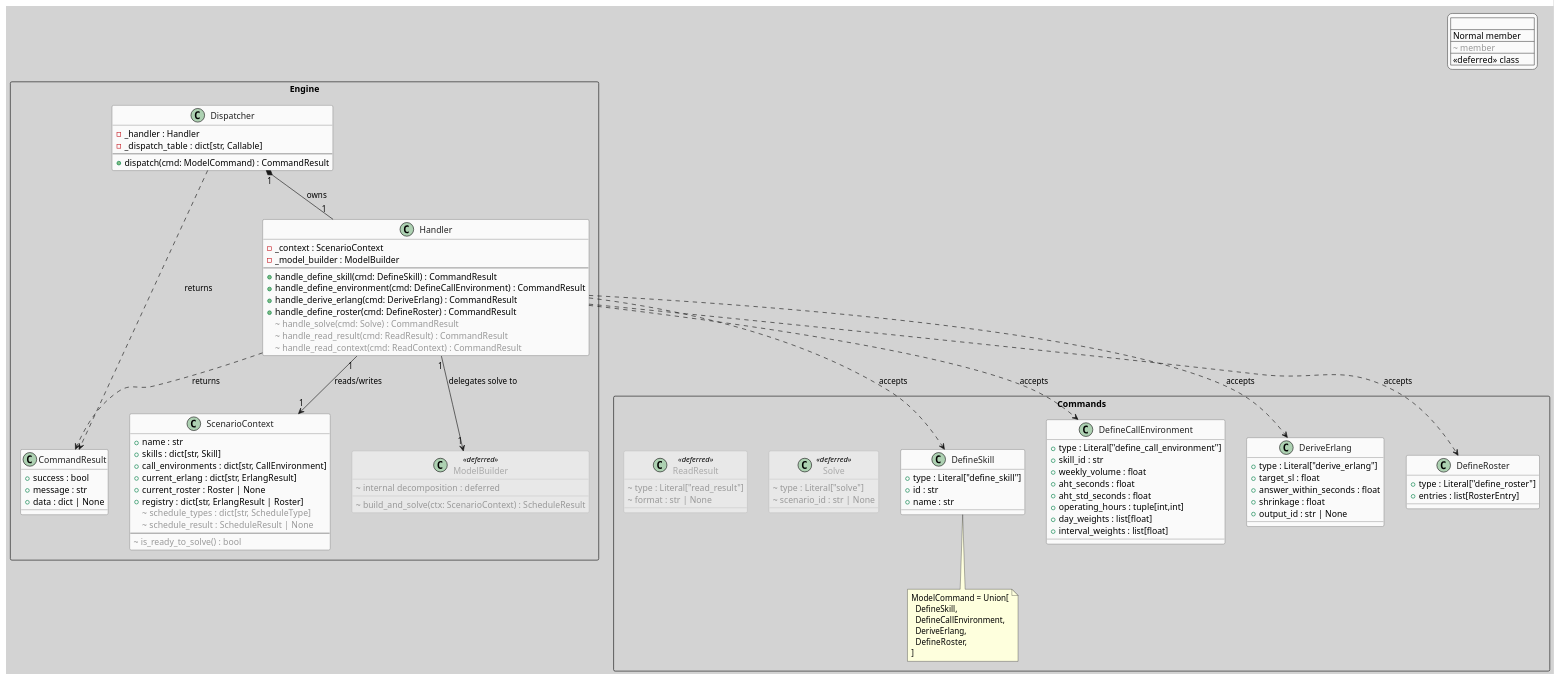
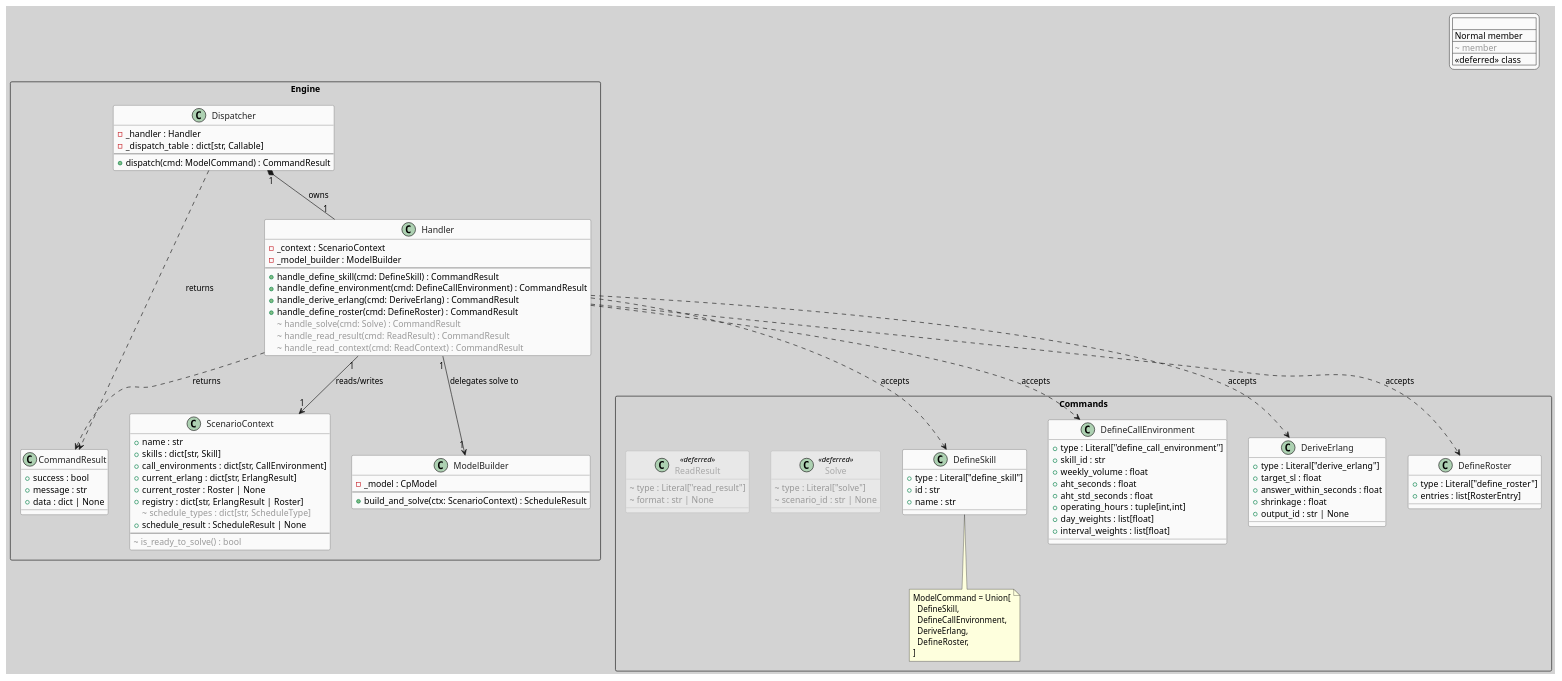
The diagram in docs/uml/engine_classes.puml (neon-tetra/schedule-architect), drawn with PlantUML before and after one commit. The commit also changed 4 other files, not shown here.

Commit message:
Update UML diagrams to match implemented solver/domain state

```diff
--- a/docs/uml/engine_classes.puml
+++ b/docs/uml/engine_classes.puml
@@ -1,148 +1,149 @@
 @startuml engine_classes
 
 skinparam backgroundColor #D3D3D3
 skinparam defaultFontName Segoe UI
 
 skinparam class {
     BackgroundColor #FAFAFA
     BorderColor #555555
     FontColor #222222
     BackgroundColor<<deferred>> #E8E8E8
     BorderColor<<deferred>> #AAAAAA
     FontColor<<deferred>> #AAAAAA
     BorderStyle<<deferred>> dashed
 }
 
 skinparam legend {
     BackgroundColor #FAFAFA
     BorderColor #555555
 }
 
 legend top right
   <#FAFAFA,#555555>|                         |
   | Normal member      | Implemented          |
   | <color:#999999>~ member</color>  | Deferred / future    |
   | <<deferred>> class | Placeholder only     |
 endlegend
 
 ' ─────────────────────────────────────────
 ' PACKAGE: Commands
 ' ─────────────────────────────────────────
 package "Commands" <<Rectangle>> {
 
     class DefineSkill {
         + type : Literal["define_skill"]
         + id : str
         + name : str
     }
 
     class DefineCallEnvironment {
         + type : Literal["define_call_environment"]
         + skill_id : str
         + weekly_volume : float
         + aht_seconds : float
         + aht_std_seconds : float
         + operating_hours : tuple[int,int]
         + day_weights : list[float]
         + interval_weights : list[float]
     }
 
     class DeriveErlang {
         + type : Literal["derive_erlang"]
         + target_sl : float
         + answer_within_seconds : float
         + shrinkage : float
         + output_id : str | None
     }
 
     class DefineRoster {
         + type : Literal["define_roster"]
         + entries : list[RosterEntry]
     }
 
     class Solve <<deferred>> {
         <color:#999999>~ type : Literal["solve"]</color>
         <color:#999999>~ scenario_id : str | None</color>
     }
 
     class ReadResult <<deferred>> {
         <color:#999999>~ type : Literal["read_result"]</color>
         <color:#999999>~ format : str | None</color>
     }
 
     note bottom of DefineSkill
         ModelCommand = Union[
           DefineSkill,
           DefineCallEnvironment,
           DeriveErlang,
           DefineRoster,
         ]
     end note
 
 }
 
 ' ─────────────────────────────────────────
 ' PACKAGE: Engine
 ' ─────────────────────────────────────────
 package "Engine" <<Rectangle>> {
 
     class CommandResult {
         + success : bool
         + message : str
         + data : dict | None
     }
 
     class ScenarioContext {
         + name : str
         + skills : dict[str, Skill]
         + call_environments : dict[str, CallEnvironment]
         + current_erlang : dict[str, ErlangResult]
         + current_roster : Roster | None
         + registry : dict[str, ErlangResult | Roster]
         <color:#999999>~ schedule_types : dict[str, ScheduleType]</color>
-        <color:#999999>~ schedule_result : ScheduleResult | None</color>
+        + schedule_result : ScheduleResult | None
         --
         <color:#999999>~ is_ready_to_solve() : bool</color>
     }
 
     class Dispatcher {
         - _handler : Handler
         - _dispatch_table : dict[str, Callable]
         --
         + dispatch(cmd: ModelCommand) : CommandResult
     }
 
     class Handler {
         - _context : ScenarioContext
         - _model_builder : ModelBuilder
         --
         + handle_define_skill(cmd: DefineSkill) : CommandResult
         + handle_define_environment(cmd: DefineCallEnvironment) : CommandResult
         + handle_derive_erlang(cmd: DeriveErlang) : CommandResult
         + handle_define_roster(cmd: DefineRoster) : CommandResult
         <color:#999999>~ handle_solve(cmd: Solve) : CommandResult</color>
         <color:#999999>~ handle_read_result(cmd: ReadResult) : CommandResult</color>
         <color:#999999>~ handle_read_context(cmd: ReadContext) : CommandResult</color>
     }
 
-	class ModelBuilder <<deferred>> {
-		<color:#999999>~ build_and_solve(ctx: ScenarioContext) : ScheduleResult</color>
-		<color:#999999>~ internal decomposition : deferred</color>
+	class ModelBuilder {
+		- _model : CpModel
+		--
+		+ build_and_solve(ctx: ScenarioContext) : ScheduleResult
 	}
 
 }
 
 ' ─────────────────────────────────────────
 ' RELATIONSHIPS
 ' ─────────────────────────────────────────
 Dispatcher "1" *-- "1" Handler : owns
 Handler "1" --> "1" ScenarioContext : reads/writes
 Handler "1" --> "1" ModelBuilder : delegates solve to
 Dispatcher ..> CommandResult : returns
 Handler ..> CommandResult : returns
 Handler ..> DefineSkill : accepts
 Handler ..> DefineCallEnvironment : accepts
 Handler ..> DeriveErlang : accepts
 Handler ..> DefineRoster : accepts
 
 @enduml
```
